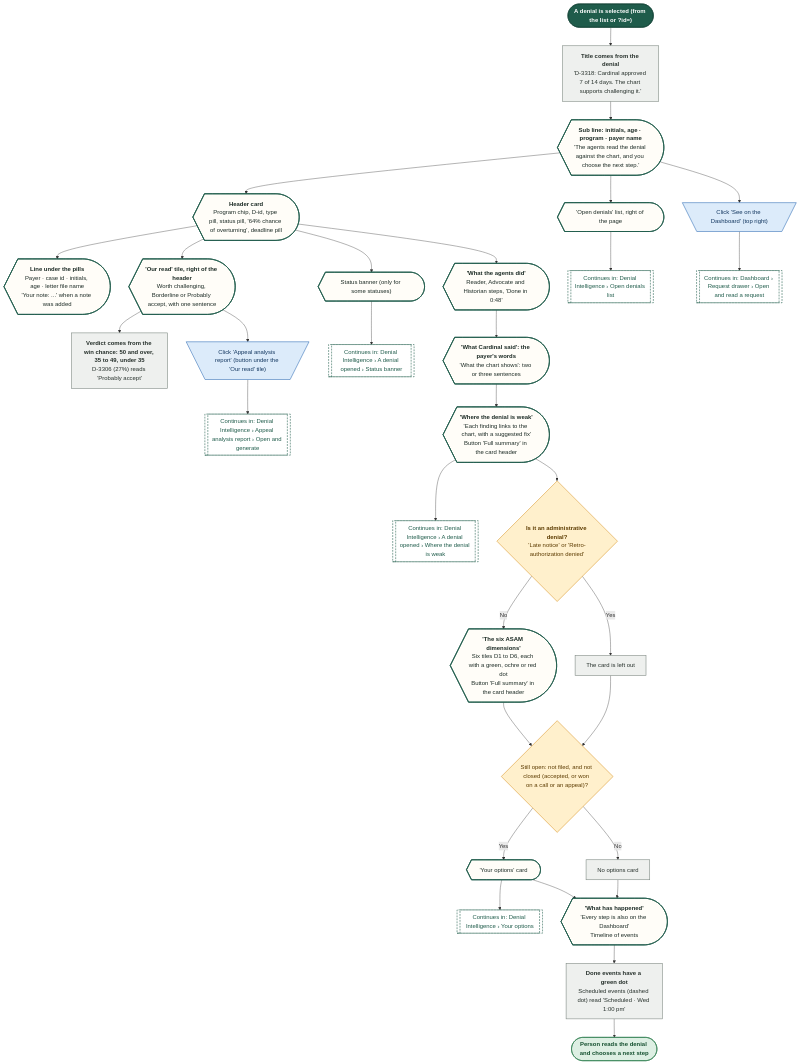
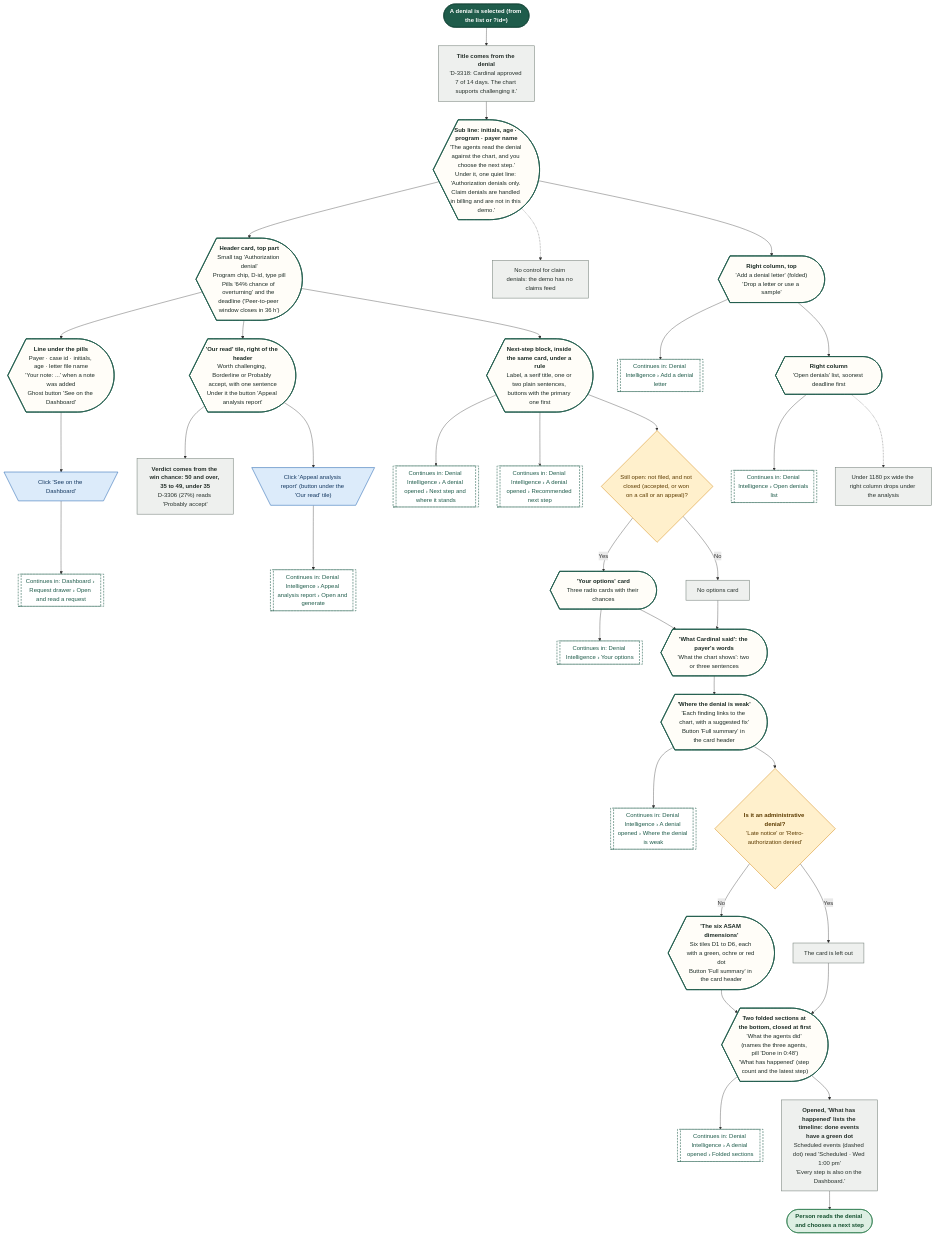
The third of 27 diagrams in demos/prior-auth-demo/workflows/out/md/06-denials.md (Shrav143/psyfloapp), drawn with Mermaid before and after one commit. The commit also changed other lines of this file and 192 other files, not shown here.

First line of the commit message:
docs: changelog by sidebar tab; README, diagrams and Settings layout aligned with the refinement; shared InfoTip; referral cost-share line

````diff
--- a/demos/prior-auth-demo/workflows/out/md/06-denials.md
+++ b/demos/prior-auth-demo/workflows/out/md/06-denials.md
@@ -197,56 +197,66 @@
   classDef k_goto fill:#FFFFFF,stroke:#1F5C4B,color:#1F5C4B,stroke-width:1.5px,stroke-dasharray:5 3
   s1@{ shape: stadium, label: "A denial is selected (from the list or ?id=)" }
   p1@{ shape: rect, label: "<b>Title comes from the denial</b><br/>'D-3318: Cardinal approved 7 of 14 days. The chart supports challenging it.'" }
-  sub1@{ shape: curv-trap, label: "<b>Sub line: initials, age · program · payer name</b><br/>'The agents read the denial against the chart, and you choose the next step.'" }
-  h1@{ shape: curv-trap, label: "<b>Header card</b><br/>Program chip, D-id, type pill, status pill, '64% chance of overturning', deadline pill" }
-  h2@{ shape: curv-trap, label: "<b>Line under the pills</b><br/>Payer · case id · initials, age · letter file name<br/>'Your note: ...' when a note was added" }
-  v1@{ shape: curv-trap, label: "<b>'Our read' tile, right of the header</b><br/>Worth challenging, Borderline or Probably accept, with one sentence" }
+  sub1@{ shape: curv-trap, label: "<b>Sub line: initials, age · program · payer name</b><br/>'The agents read the denial against the chart, and you choose the next step.'<br/>Under it, one quiet line: 'Authorization denials only. Claim denials are handled in billing and are not in this demo.'" }
+  pn@{ shape: rect, label: "No control for claim denials: the demo has no claims feed" }
+  h1@{ shape: curv-trap, label: "<b>Header card, top part</b><br/>Small tag 'Authorization denial'<br/>Program chip, D-id, type pill<br/>Pills '64% chance of overturning' and the deadline ('Peer-to-peer window closes in 36 h')" }
+  h2@{ shape: curv-trap, label: "<b>Line under the pills</b><br/>Payer · case id · initials, age · letter file name<br/>'Your note: ...' when a note was added<br/>Ghost button 'See on the Dashboard'" }
+  v1@{ shape: curv-trap, label: "<b>'Our read' tile, right of the header</b><br/>Worth challenging, Borderline or Probably accept, with one sentence<br/>Under it the button 'Appeal analysis report'" }
   pv@{ shape: rect, label: "<b>Verdict comes from the win chance: 50 and over, 35 to 49, under 35</b><br/>D-3306 (27%) reads 'Probably accept'" }
-  bn@{ shape: curv-trap, label: "Status banner (only for some statuses)" }
-  g1@{ shape: subproc, label: "Continues in: Denial Intelligence › A denial opened › Status banner" }
-  c1@{ shape: curv-trap, label: "<b>'What the agents did'</b><br/>Reader, Advocate and Historian steps, 'Done in 0:48'" }
+  bn@{ shape: curv-trap, label: "<b>Next-step block, inside the same card, under a rule</b><br/>Label, a serif title, one or two plain sentences, buttons with the primary one first" }
+  g1@{ shape: subproc, label: "Continues in: Denial Intelligence › A denial opened › Next step and where it stands" }
+  g1b@{ shape: subproc, label: "Continues in: Denial Intelligence › A denial opened › Recommended next step" }
+  d2@{ shape: diam, label: "Still open: not filed, and not closed (accepted, or won on a call or an appeal)?" }
+  c5@{ shape: curv-trap, label: "<b>'Your options' card</b><br/>Three radio cards with their chances" }
+  g3@{ shape: subproc, label: "Continues in: Denial Intelligence › Your options" }
+  p3@{ shape: rect, label: "No options card" }
   c2@{ shape: curv-trap, label: "<b>'What Cardinal said': the payer's words</b><br/>'What the chart shows': two or three sentences" }
   c3@{ shape: curv-trap, label: "<b>'Where the denial is weak'</b><br/>'Each finding links to the chart, with a suggested fix'<br/>Button 'Full summary' in the card header" }
   g2@{ shape: subproc, label: "Continues in: Denial Intelligence › A denial opened › Where the denial is weak" }
   d1@{ shape: diam, label: "<b>Is it an administrative denial?</b><br/>'Late notice' or 'Retro-authorization denied'" }
   c4@{ shape: curv-trap, label: "<b>'The six ASAM dimensions'</b><br/>Six tiles D1 to D6, each with a green, ochre or red dot<br/>Button 'Full summary' in the card header" }
   p2@{ shape: rect, label: "The card is left out" }
-  d2@{ shape: diam, label: "Still open: not filed, and not closed (accepted, or won on a call or an appeal)?" }
-  c5@{ shape: curv-trap, label: "'Your options' card" }
-  g3@{ shape: subproc, label: "Continues in: Denial Intelligence › Your options" }
-  p3@{ shape: rect, label: "No options card" }
-  c6@{ shape: curv-trap, label: "<b>'What has happened'</b><br/>'Every step is also on the Dashboard'<br/>Timeline of events" }
-  p4@{ shape: rect, label: "<b>Done events have a green dot</b><br/>Scheduled events (dashed dot) read 'Scheduled · Wed 1:00 pm'" }
-  r1@{ shape: curv-trap, label: "'Open denials' list, right of the page" }
+  fo@{ shape: curv-trap, label: "<b>Two folded sections at the bottom, closed at first</b><br/>'What the agents did' (names the three agents, pill 'Done in 0:48')<br/>'What has happened' (step count and the latest step)" }
+  g7@{ shape: subproc, label: "Continues in: Denial Intelligence › A denial opened › Folded sections" }
+  p4@{ shape: rect, label: "<b>Opened, 'What has happened' lists the timeline: done events have a green dot</b><br/>Scheduled events (dashed dot) read 'Scheduled · Wed 1:00 pm'<br/>'Every step is also on the Dashboard.'" }
+  r0@{ shape: curv-trap, label: "<b>Right column, top</b><br/>'Add a denial letter' (folded)<br/>'Drop a letter or use a sample'" }
+  g8@{ shape: subproc, label: "Continues in: Denial Intelligence › Add a denial letter" }
+  r1@{ shape: curv-trap, label: "<b>Right column</b><br/>'Open denials' list, soonest deadline first" }
   g4@{ shape: subproc, label: "Continues in: Denial Intelligence › Open denials list" }
-  b1@{ shape: trap-t, label: "Click 'See on the Dashboard' (top right)" }
+  pw@{ shape: rect, label: "Under 1180 px wide the right column drops under the analysis" }
+  b1@{ shape: trap-t, label: "Click 'See on the Dashboard'" }
+  g5@{ shape: subproc, label: "Continues in: Dashboard › Request drawer › Open and read a request" }
   b2@{ shape: trap-t, label: "Click 'Appeal analysis report' (button under the 'Our read' tile)" }
   g6@{ shape: subproc, label: "Continues in: Denial Intelligence › Appeal analysis report › Open and generate" }
-  g5@{ shape: subproc, label: "Continues in: Dashboard › Request drawer › Open and read a request" }
   e1@{ shape: stadium, label: "Person reads the denial and chooses a next step" }
   s1 --> p1 --> sub1 --> h1
-  h1 --> h2
+  sub1 -.-> pn
+  h1 --> h2 --> b1 --> g5
   h1 --> v1 --> pv
+  v1 --> b2 --> g6
   h1 --> bn --> g1
-  h1 --> c1 --> c2 --> c3 --> g2
+  bn --> g1b
+  bn --> d2
+  d2 -->|"Yes"| c5 --> g3
+  d2 -->|"No"| p3
+  c5 --> c2
+  p3 --> c2
+  c2 --> c3 --> g2
   c3 --> d1
   d1 -->|"No"| c4
   d1 -->|"Yes"| p2
-  c4 --> d2
-  p2 --> d2
-  d2 -->|"Yes"| c5 --> g3
-  d2 -->|"No"| p3
-  c5 --> c6
-  p3 --> c6
-  c6 --> p4 --> e1
-  sub1 --> r1 --> g4
-  sub1 --> b1 --> g5
-  v1 --> b2 --> g6
+  c4 --> fo
+  p2 --> fo
+  fo --> g7
+  fo --> p4 --> e1
+  sub1 --> r0 --> g8
+  r0 --> r1 --> g4
+  r1 -.-> pw
   class s1 k_start
-  class p1,pv,p2,p3,p4 k_process
-  class sub1,h1,h2,v1,bn,c1,c2,c3,c4,c5,c6,r1 k_screen
-  class g1,g2,g3,g4,g6,g5 k_goto
-  class d1,d2 k_decision
+  class p1,pn,pv,p3,p2,p4,pw k_process
+  class sub1,h1,h2,v1,bn,c5,c2,c3,c4,fo,r0,r1 k_screen
+  class g1,g1b,g3,g2,g7,g8,g4,g5,g6 k_goto
+  class d2,d1 k_decision
   class b1,b2 k_click
   class e1 k_end
 ```
````
